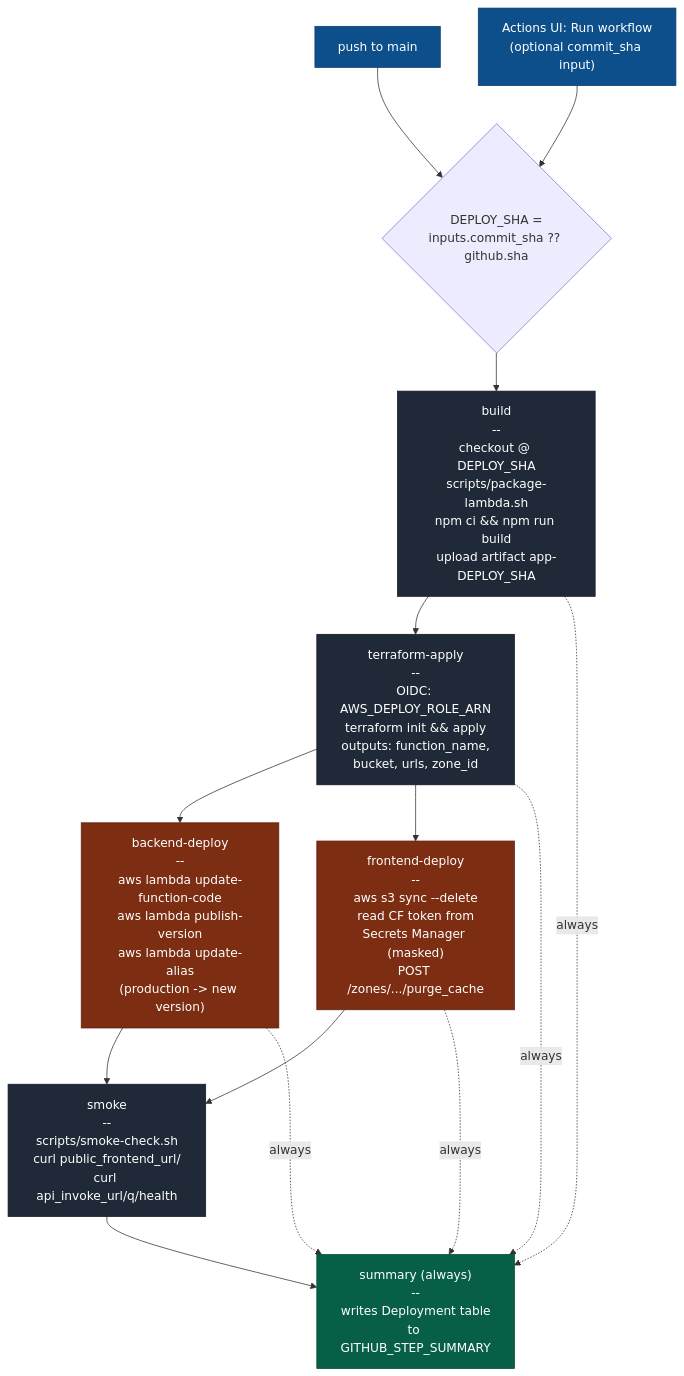
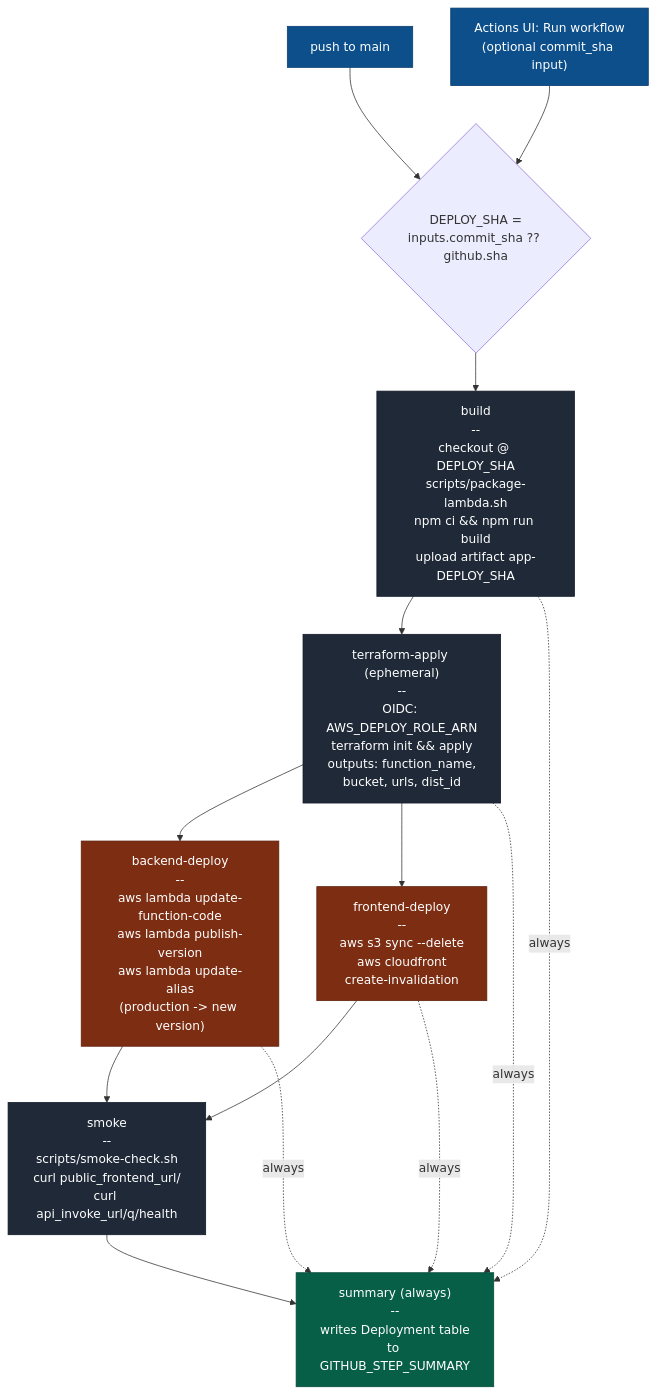
Before and after one commit to koonliang/stocktracker: the diagram in infra/README.md, drawn with Mermaid. The commit also changed other lines of this file and 31 other files, not shown here.

Commit message:
- Switched from cloudflare to cloudfront - Added production-persistent for persistent infra provisioning e.g. cloudfront, frontend bucket

````diff
--- a/infra/README.md
+++ b/infra/README.md
@@ -113,30 +158,30 @@
 ```mermaid
 flowchart TD
     classDef trigger fill:#0d4f8b,stroke:#0a3d6e,color:#fff
     classDef job fill:#1f2937,stroke:#111827,color:#fff
     classDef aws fill:#7c2d12,stroke:#5e1f0c,color:#fff
     classDef terminal fill:#065f46,stroke:#044a37,color:#fff
 
     T1[push to main]:::trigger
     T2["Actions UI: Run workflow<br/>(optional commit_sha input)"]:::trigger
 
     T1 --> RES{"DEPLOY_SHA =<br/>inputs.commit_sha ?? github.sha"}
     T2 --> RES
 
     RES --> BUILD["build<br/>--<br/>checkout @ DEPLOY_SHA<br/>scripts/package-lambda.sh<br/>npm ci && npm run build<br/>upload artifact app-DEPLOY_SHA"]:::job
 
-    BUILD --> APPLY["terraform-apply<br/>--<br/>OIDC: AWS_DEPLOY_ROLE_ARN<br/>terraform init && apply<br/>outputs: function_name,<br/>bucket, urls, zone_id"]:::job
+    BUILD --> APPLY["terraform-apply (ephemeral)<br/>--<br/>OIDC: AWS_DEPLOY_ROLE_ARN<br/>terraform init && apply<br/>outputs: function_name,<br/>bucket, urls, dist_id"]:::job
 
     APPLY --> BE["backend-deploy<br/>--<br/>aws lambda update-function-code<br/>aws lambda publish-version<br/>aws lambda update-alias<br/>(production -> new version)"]:::aws
-    APPLY --> FE["frontend-deploy<br/>--<br/>aws s3 sync --delete<br/>read CF token from<br/>Secrets Manager (masked)<br/>POST /zones/.../purge_cache"]:::aws
+    APPLY --> FE["frontend-deploy<br/>--<br/>aws s3 sync --delete<br/>aws cloudfront<br/>create-invalidation"]:::aws
 
     BE --> SMOKE["smoke<br/>--<br/>scripts/smoke-check.sh<br/>curl public_frontend_url/<br/>curl api_invoke_url/q/health"]:::job
     FE --> SMOKE
 
     SMOKE --> SUM["summary (always)<br/>--<br/>writes Deployment table<br/>to GITHUB_STEP_SUMMARY"]:::terminal
 
     BUILD -.always.-> SUM
     APPLY -.always.-> SUM
     BE   -.always.-> SUM
     FE   -.always.-> SUM
 ```
````
